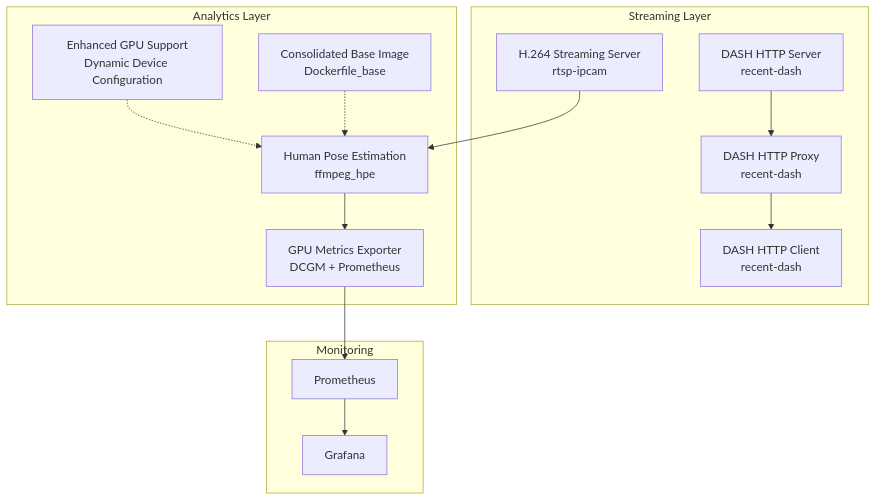
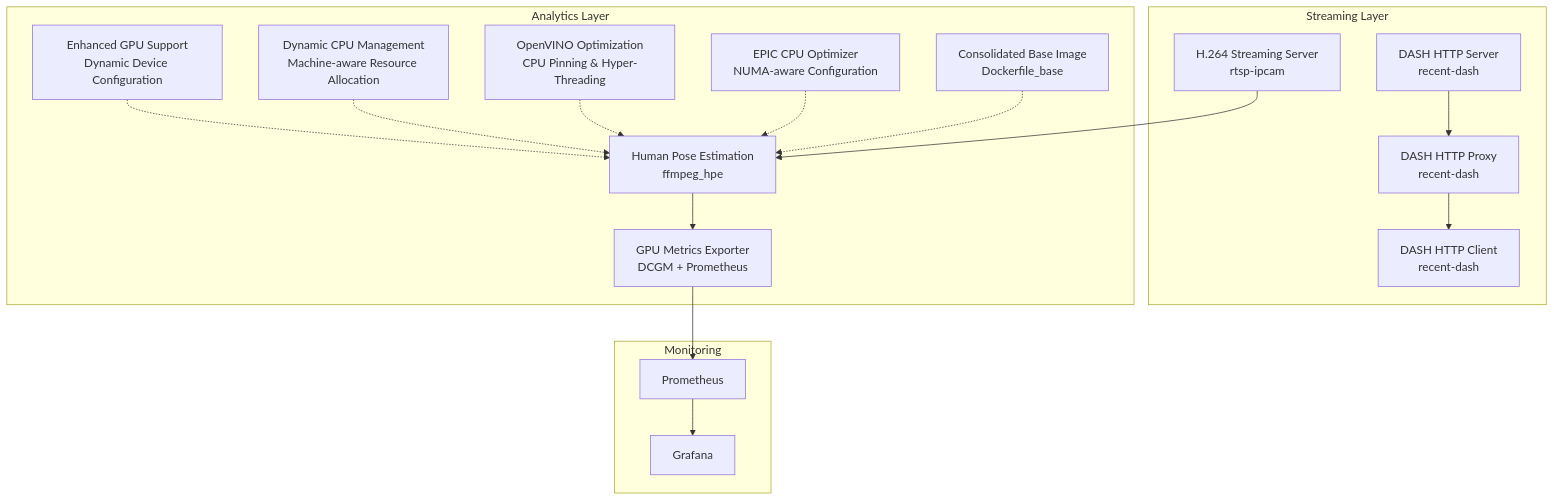
Before and after one commit to Fogus-Gr/MeasurementsDTs: the first of 7 diagrams in .qoder/repowiki/en/content/Deployment Infrastructure/Deployment Infrastructure.md, drawn with Mermaid. The commit also changed other lines of this file and 7 other files, not shown here.

Commit message:
docs(repowiki): restructure optimization assets, add performance documentation, and improve CPU tuning utilities.

````diff
--- a/.qoder/repowiki/en/content/Deployment Infrastructure/Deployment Infrastructure.md
+++ b/.qoder/repowiki/en/content/Deployment Infrastructure/Deployment Infrastructure.md
@@ -62,25 +71,31 @@
 ```mermaid
 graph TB
 subgraph "Streaming Layer"
 Srv["H.264 Streaming Server<br/>rtsp-ipcam"]
 DashSrv["DASH HTTP Server<br/>recent-dash"]
 DashProxy["DASH HTTP Proxy<br/>recent-dash"]
 DashClient["DASH HTTP Client<br/>recent-dash"]
 end
 subgraph "Analytics Layer"
 HPE["Human Pose Estimation<br/>ffmpeg_hpe"]
 Metrics["GPU Metrics Exporter<br/>DCGM + Prometheus"]
 EnhancedGPU["Enhanced GPU Support<br/>Dynamic Device Configuration"]
+DynamicCPU["Dynamic CPU Management<br/>Machine-aware Resource Allocation"]
+OpenVINOOpt["OpenVINO Optimization<br/>CPU Pinning & Hyper-Threading"]
+EPICOpt["EPIC CPU Optimizer<br/>NUMA-aware Configuration"]
 BaseImage["Consolidated Base Image<br/>Dockerfile_base"]
 end
 subgraph "Monitoring"
 Prom["Prometheus"]
 Graf["Grafana"]
 end
 Srv --> HPE
 DashSrv --> DashProxy --> DashClient
 HPE --> Metrics
 Metrics --> Prom --> Graf
 EnhancedGPU -.-> HPE
+DynamicCPU -.-> HPE
+OpenVINOOpt -.-> HPE
+EPICOpt -.-> HPE
 BaseImage -.-> HPE
 ```
````
